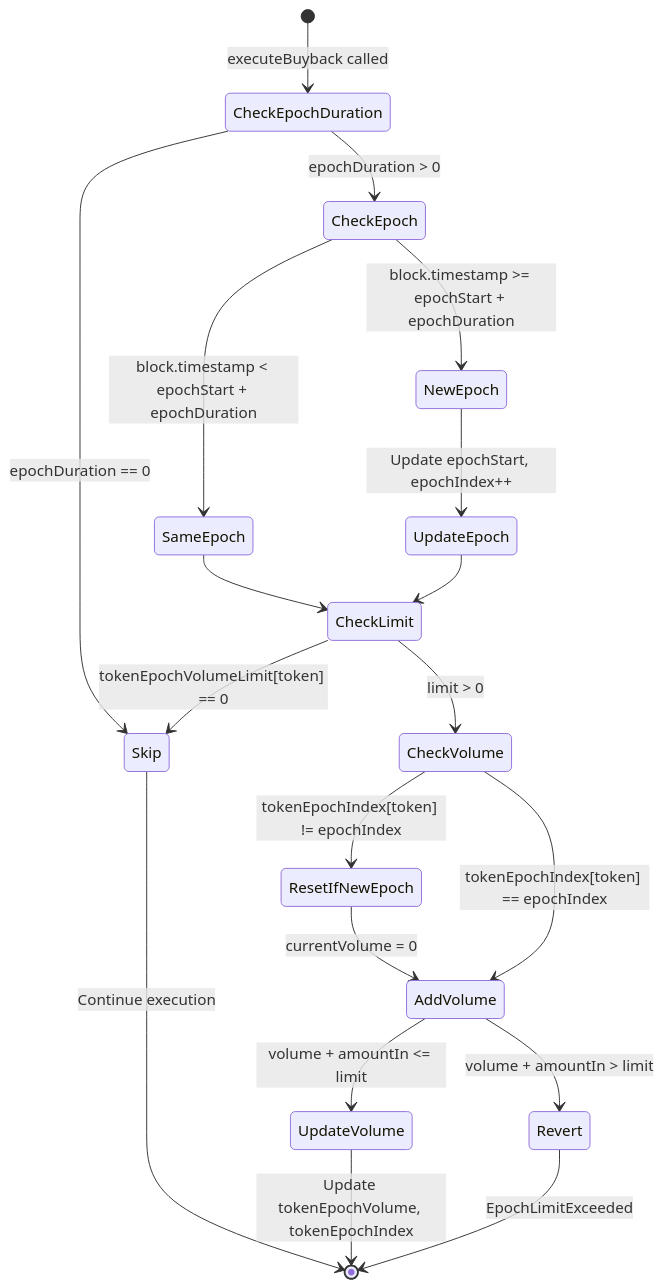
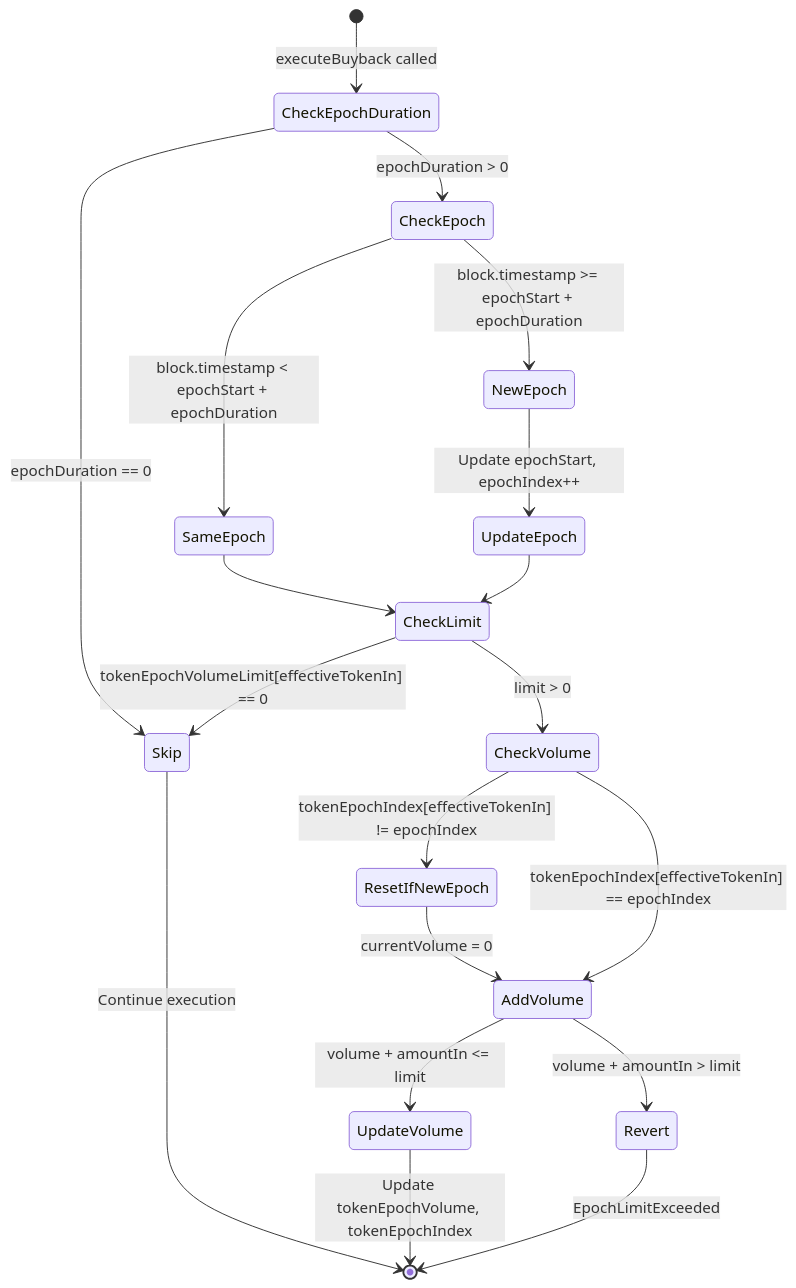
Before and after one commit to gensyn-network/gensyn-buyback: the second of 6 diagrams in docs/DESIGN.md, drawn with Mermaid. The commit also changed other lines of this file and 2 other files, not shown here.

First line of the commit message:
fix: unify ETH and WETH epoch volume tracking under effectiveTokenIn (#38)

````diff
--- a/docs/DESIGN.md
+++ b/docs/DESIGN.md
@@ -82,30 +84,30 @@
 ```mermaid
 stateDiagram-v2
     [*] --> CheckEpochDuration: executeBuyback called
 
     CheckEpochDuration --> Skip: epochDuration == 0
     CheckEpochDuration --> CheckEpoch: epochDuration > 0
 
     CheckEpoch --> SameEpoch: block.timestamp < epochStart + epochDuration
     CheckEpoch --> NewEpoch: block.timestamp >= epochStart + epochDuration
 
     NewEpoch --> UpdateEpoch: Update epochStart, epochIndex++
     UpdateEpoch --> CheckLimit
 
     SameEpoch --> CheckLimit
 
-    CheckLimit --> Skip: tokenEpochVolumeLimit[token] == 0
+    CheckLimit --> Skip: tokenEpochVolumeLimit[effectiveTokenIn] == 0
     CheckLimit --> CheckVolume: limit > 0
 
-    CheckVolume --> ResetIfNewEpoch: tokenEpochIndex[token] != epochIndex
-    CheckVolume --> AddVolume: tokenEpochIndex[token] == epochIndex
+    CheckVolume --> ResetIfNewEpoch: tokenEpochIndex[effectiveTokenIn] != epochIndex
+    CheckVolume --> AddVolume: tokenEpochIndex[effectiveTokenIn] == epochIndex
 
     ResetIfNewEpoch --> AddVolume: currentVolume = 0
 
     AddVolume --> UpdateVolume: volume + amountIn <= limit
     AddVolume --> Revert: volume + amountIn > limit
 
     UpdateVolume --> [*]: Update tokenEpochVolume, tokenEpochIndex
     Skip --> [*]: Continue execution
     Revert --> [*]: EpochLimitExceeded
 ```
````
